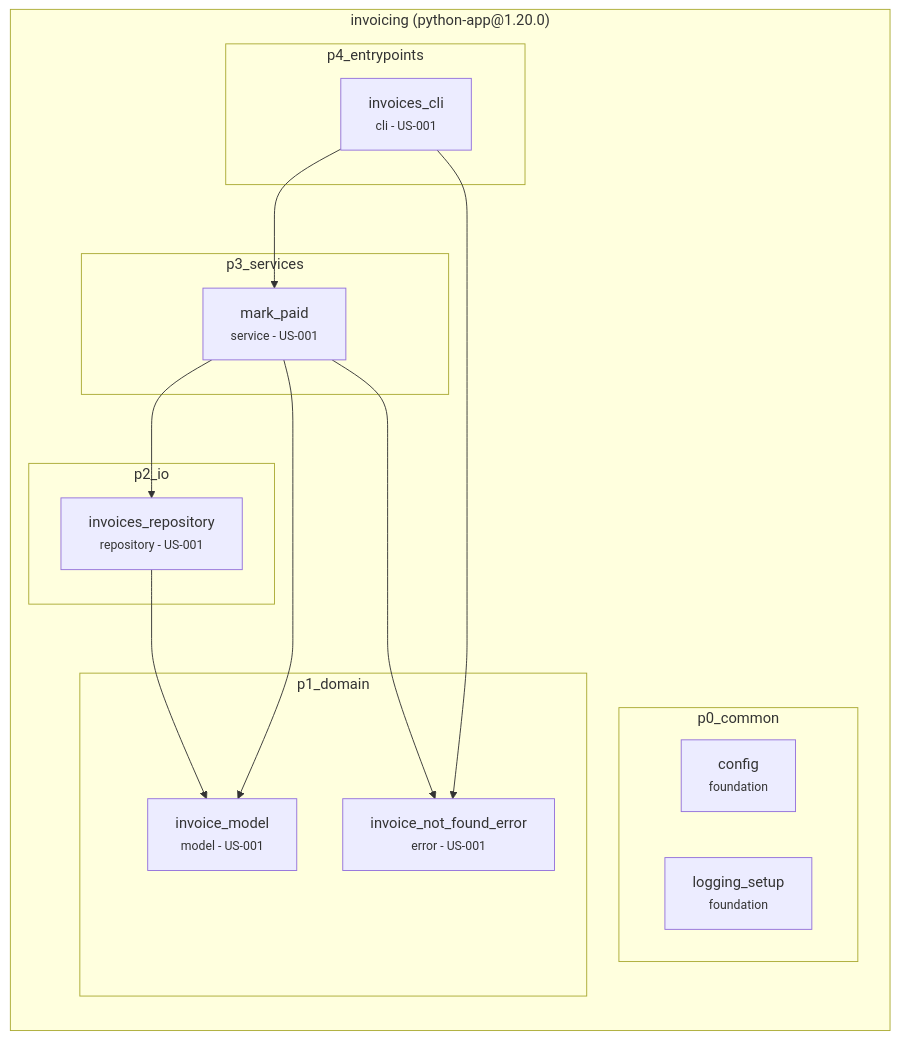
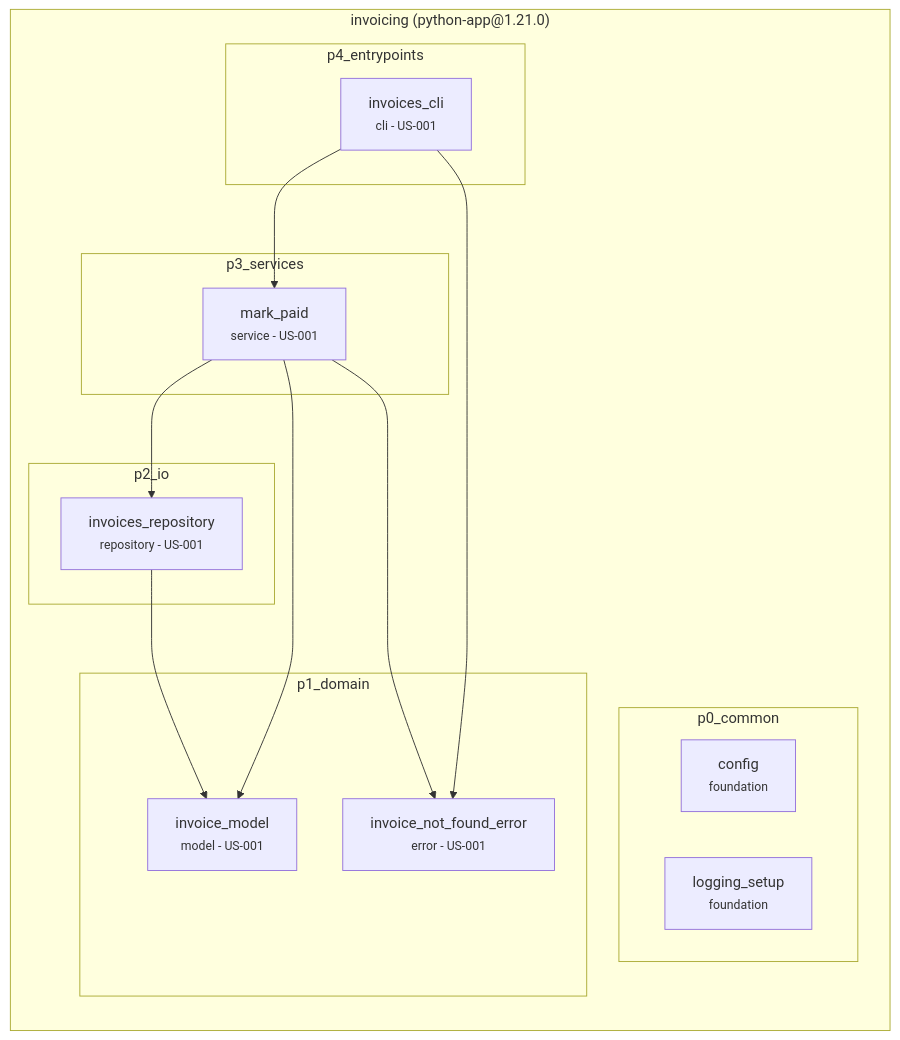
Before and after one commit to archvow/archvow-plugin: the diagram in contract/archvow/examples/python-app/.archvow/spec.md, drawn with Mermaid. The commit also changed other lines of this file and 168 other files, not shown here.

````diff
--- a/contract/archvow/examples/python-app/.archvow/spec.md
+++ b/contract/archvow/examples/python-app/.archvow/spec.md
@@ -11,30 +11,30 @@
 ```mermaid
 flowchart TB
-  subgraph invoicing["invoicing (python-app@1.20.0)"]
+  subgraph invoicing["invoicing (python-app@1.21.0)"]
     direction TB
     subgraph invoicing__p0_common["p0_common"]
       invoicing__config["config<br/><small>foundation</small>"]
       invoicing__logging_setup["logging_setup<br/><small>foundation</small>"]
     end
     subgraph invoicing__p1_domain["p1_domain"]
       invoicing__invoice_model["invoice_model<br/><small>model - US-001</small>"]
       invoicing__invoice_not_found_error["invoice_not_found_error<br/><small>error - US-001</small>"]
     end
     subgraph invoicing__p2_io["p2_io"]
       invoicing__invoices_repository["invoices_repository<br/><small>repository - US-001</small>"]
     end
     subgraph invoicing__p3_services["p3_services"]
       invoicing__mark_paid["mark_paid<br/><small>service - US-001</small>"]
     end
     subgraph invoicing__p4_entrypoints["p4_entrypoints"]
       invoicing__invoices_cli["invoices_cli<br/><small>cli - US-001</small>"]
     end
   end
   invoicing__invoices_repository --> invoicing__invoice_model
   invoicing__mark_paid --> invoicing__invoice_model
   invoicing__mark_paid --> invoicing__invoice_not_found_error
   invoicing__mark_paid --> invoicing__invoices_repository
   invoicing__invoices_cli --> invoicing__mark_paid
   invoicing__invoices_cli --> invoicing__invoice_not_found_error
   classDef empty fill:none,stroke:none
 ```
````
